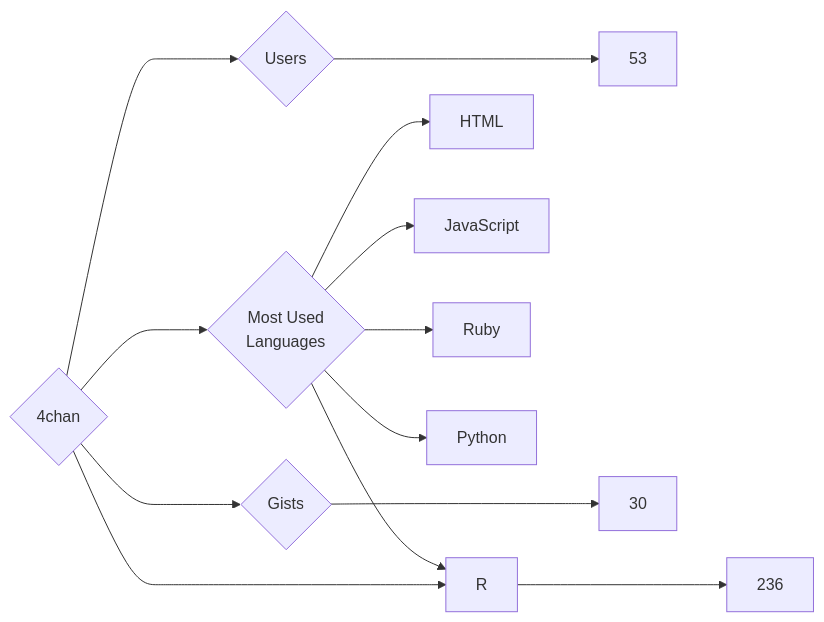
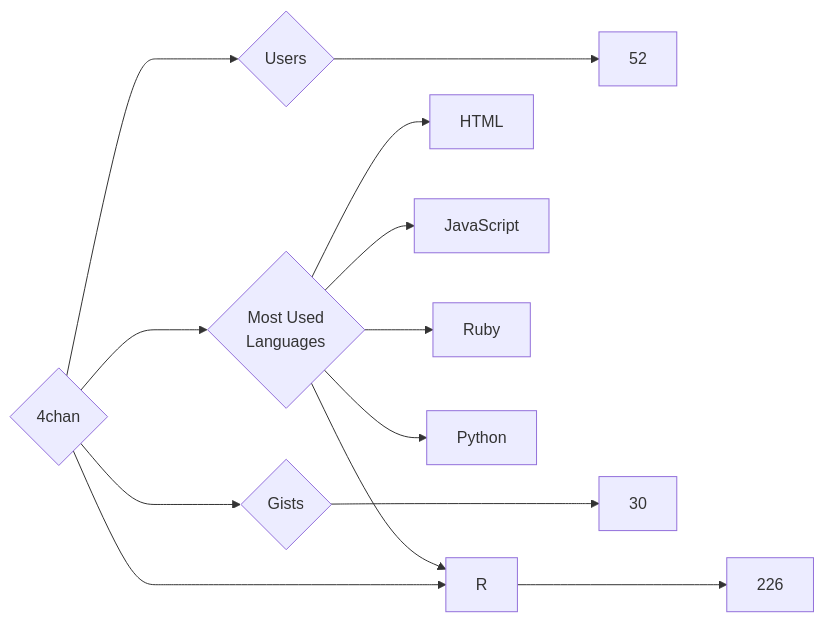
One commit to trickest/insiders changed the diagram in targets/4chan/README.md. Above: the diagram before and after it, drawn with Mermaid. The commit also changed 1148 other files, not shown here.

````diff
--- a/targets/4chan/README.md
+++ b/targets/4chan/README.md
@@ -3,13 +3,13 @@
 ```mermaid
 graph LR
 COMPANY_NAME{4chan}
-COMPANY_NAME ---> U{Users} ---> UN[53]
-COMPANY_NAME ---> R{Repositories} ---> RN[236]
+COMPANY_NAME ---> U{Users} ---> UN[52]
+COMPANY_NAME ---> R{Repositories} ---> RN[226]
 COMPANY_NAME ---> G{Gists} ---> GN[30]
 COMPANY_NAME ---> ML{Most Used<br>Languages}
 ML --> HTML[HTML]
 ML --> JavaScript[JavaScript]
 ML --> Ruby[Ruby]
 ML --> Python[Python]
 ML --> R[R]
 ```
````
